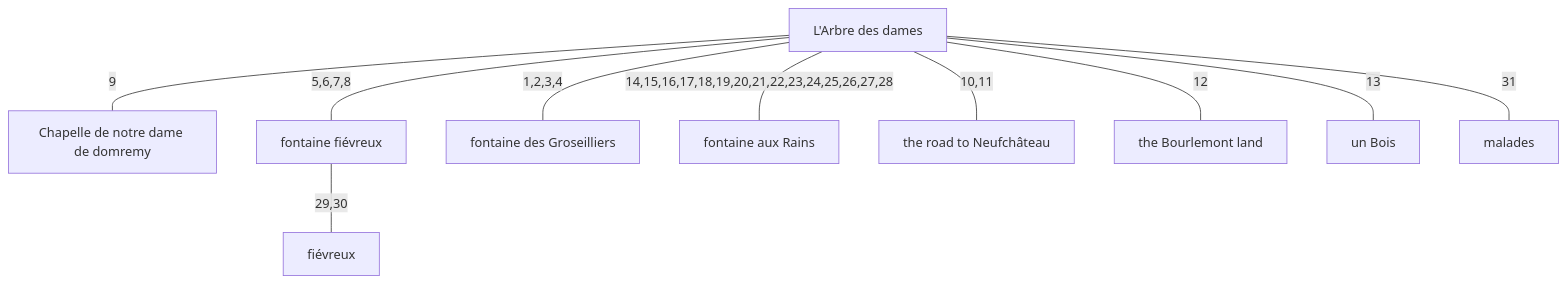
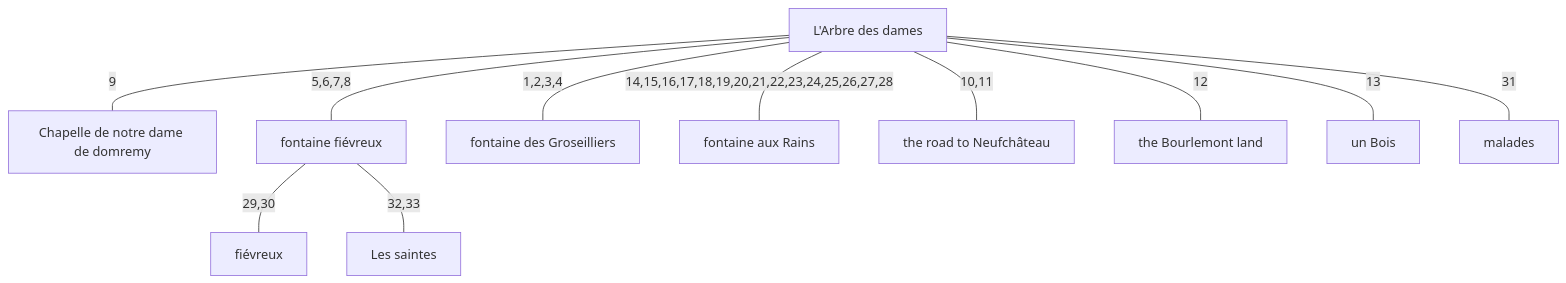
The diagram in breakout/combined.md (kitty-catt/the-location-of-the-arbre-des-dames-and-the-spring-of-joan-of-arc), drawn with Mermaid before and after one commit. The commit also changed other lines of this file and 1 other file, not shown here.

````diff
--- a/breakout/combined.md
+++ b/breakout/combined.md
@@ -38,23 +38,25 @@
 ```mermaid
 graph TD
     N1["L'Arbre des dames"]
     N2["Chapelle de notre dame de domremy"]
     N3["fontaine fiévreux"]
     N4["fontaine des Groseilliers"]
     N5["fontaine aux Rains"]
     N6["the road to Neufchâteau"]
     N7["the Bourlemont land"]
     N8["un Bois"]
     N9["fiévreux"]
     N10["malades"]
+    N11["Les saintes"]
 
     N1 -- "1,2,3,4" --- N4
     N1 -- "5,6,7,8" --- N3
     N1 -- "9" --- N2
     N1 -- "10,11" --- N6
     N1 -- "12" --- N7
     N1 -- "13" --- N8
     N1 -- "14,15,16,17,18,19,20,21,22,23,24,25,26,27,28" --- N5
     N3 -- "29,30" --- N9
     N1 -- "31" --- N10
+    N3 -- "32,33" --- N11
 ```
````
